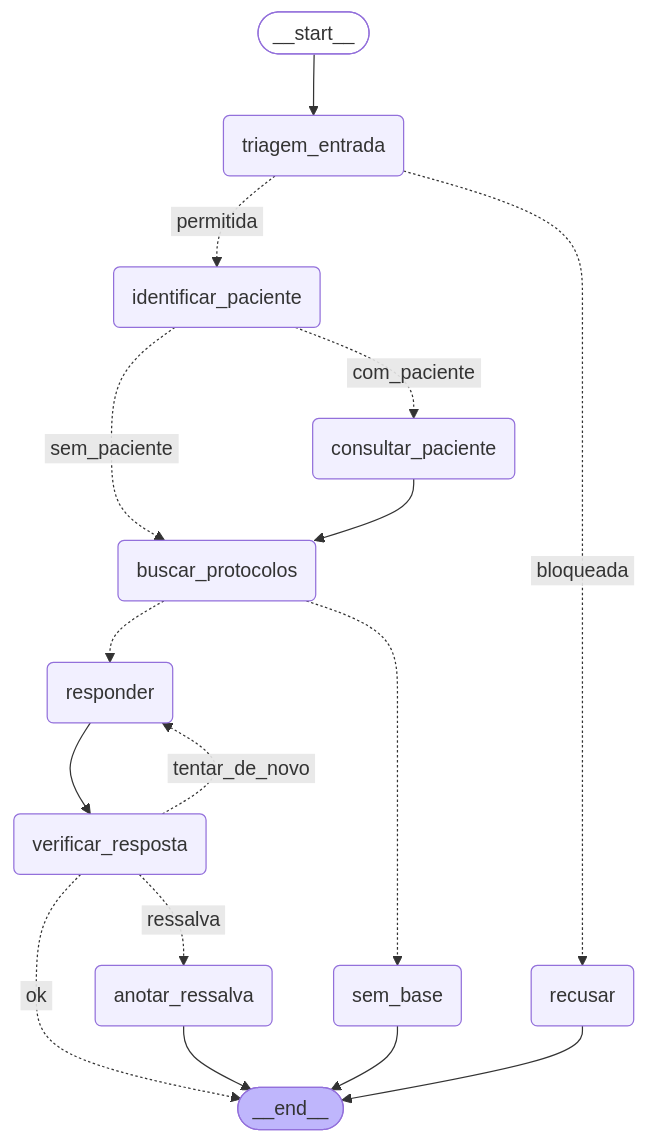
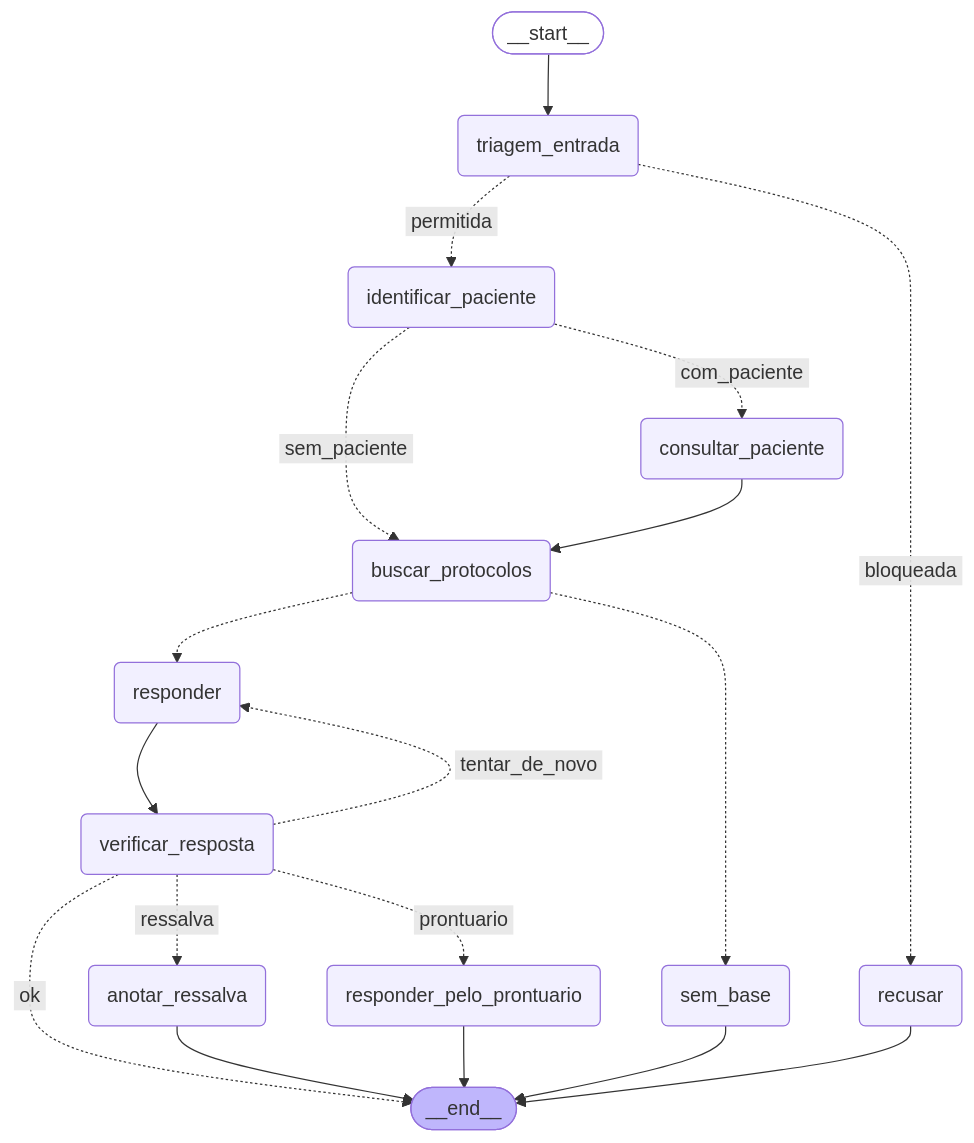
The diagram in docs/diagramas/fluxo_pergunta.mmd (GTerra07/tech-challenge-fase-03), drawn with Mermaid before and after one commit. The commit also changed 13 other files, not shown here.

First line of the commit message:
feat: verificacao factual da resposta contra o prontuario

```diff
--- a/docs/diagramas/fluxo_pergunta.mmd
+++ b/docs/diagramas/fluxo_pergunta.mmd
@@ -1,30 +1,33 @@
 graph TD;
 	__start__([<p>__start__</p>]):::first
 	triagem_entrada(triagem_entrada)
 	recusar(recusar)
 	identificar_paciente(identificar_paciente)
 	consultar_paciente(consultar_paciente)
 	buscar_protocolos(buscar_protocolos)
 	sem_base(sem_base)
 	responder(responder)
 	verificar_resposta(verificar_resposta)
 	anotar_ressalva(anotar_ressalva)
+	responder_pelo_prontuario(responder_pelo_prontuario)
 	__end__([<p>__end__</p>]):::last
 	__start__ --> triagem_entrada;
 	buscar_protocolos -.-> responder;
 	buscar_protocolos -.-> sem_base;
 	consultar_paciente --> buscar_protocolos;
 	identificar_paciente -. &nbsp;sem_paciente&nbsp; .-> buscar_protocolos;
 	identificar_paciente -. &nbsp;com_paciente&nbsp; .-> consultar_paciente;
 	responder --> verificar_resposta;
 	triagem_entrada -. &nbsp;permitida&nbsp; .-> identificar_paciente;
 	triagem_entrada -. &nbsp;bloqueada&nbsp; .-> recusar;
 	verificar_resposta -. &nbsp;ok&nbsp; .-> __end__;
 	verificar_resposta -. &nbsp;ressalva&nbsp; .-> anotar_ressalva;
 	verificar_resposta -. &nbsp;tentar_de_novo&nbsp; .-> responder;
+	verificar_resposta -. &nbsp;prontuario&nbsp; .-> responder_pelo_prontuario;
 	anotar_ressalva --> __end__;
 	recusar --> __end__;
+	responder_pelo_prontuario --> __end__;
 	sem_base --> __end__;
 	classDef default fill:#f2f0ff,line-height:1.2
 	classDef first fill-opacity:0
 	classDef last fill:#bfb6fc
```
